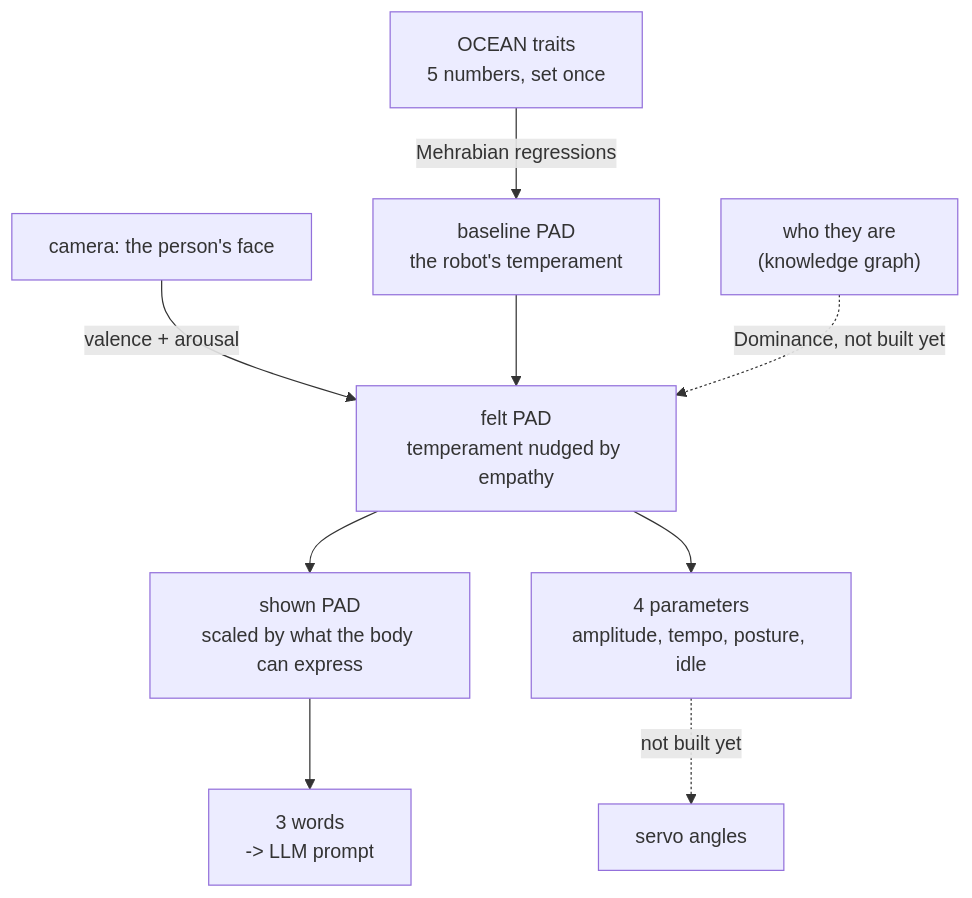
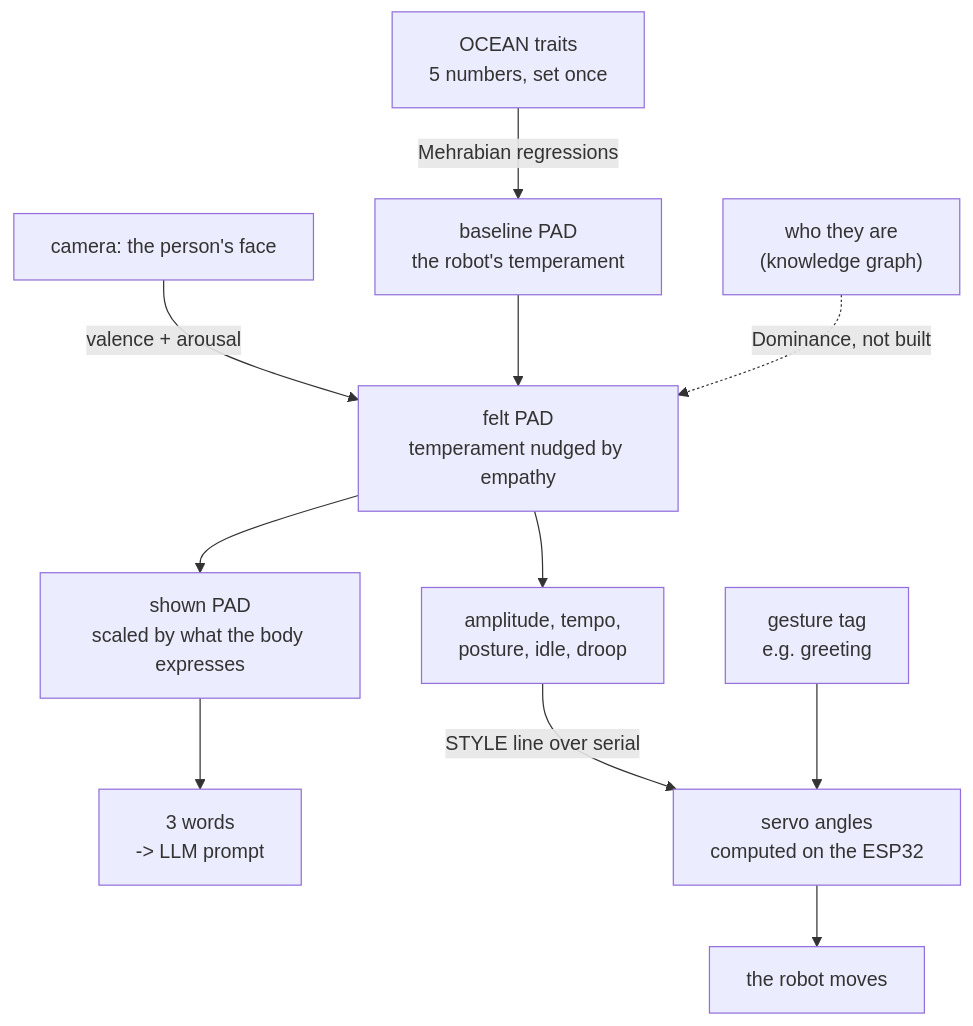
The diagram in AFFECT_LAB/CONCEPT.md (json0130/ChatBox-companion-robot), drawn with Mermaid before and after one commit. The commit also changed other lines of this file and 12 other files, not shown here.

````diff
--- a/AFFECT_LAB/CONCEPT.md
+++ b/AFFECT_LAB/CONCEPT.md
@@ -43,11 +53,13 @@
 ```mermaid
 flowchart TD
     O["OCEAN traits<br/>5 numbers, set once"] -->|Mehrabian regressions| B["baseline PAD<br/>the robot's temperament"]
     F["camera: the person's face"] -->|valence + arousal| E
     B --> E["felt PAD<br/>temperament nudged by empathy"]
-    R["who they are<br/>(knowledge graph)"] -.->|Dominance, not built yet| E
-    E --> S["shown PAD<br/>scaled by what the body can express"]
+    R["who they are<br/>(knowledge graph)"] -.->|Dominance, not built| E
+    E --> S["shown PAD<br/>scaled by what the body expresses"]
     S --> W["3 words<br/>-> LLM prompt"]
-    E --> G["4 parameters<br/>amplitude, tempo, posture, idle"]
-    G -.->|not built yet| SV["servo angles"]
+    E --> G["amplitude, tempo,<br/>posture, idle, droop"]
+    G -->|"STYLE line over serial"| SV["servo angles<br/>computed on the ESP32"]
+    T["gesture tag<br/>e.g. greeting"] --> SV
+    SV --> M["the robot moves"]
 ```
````
